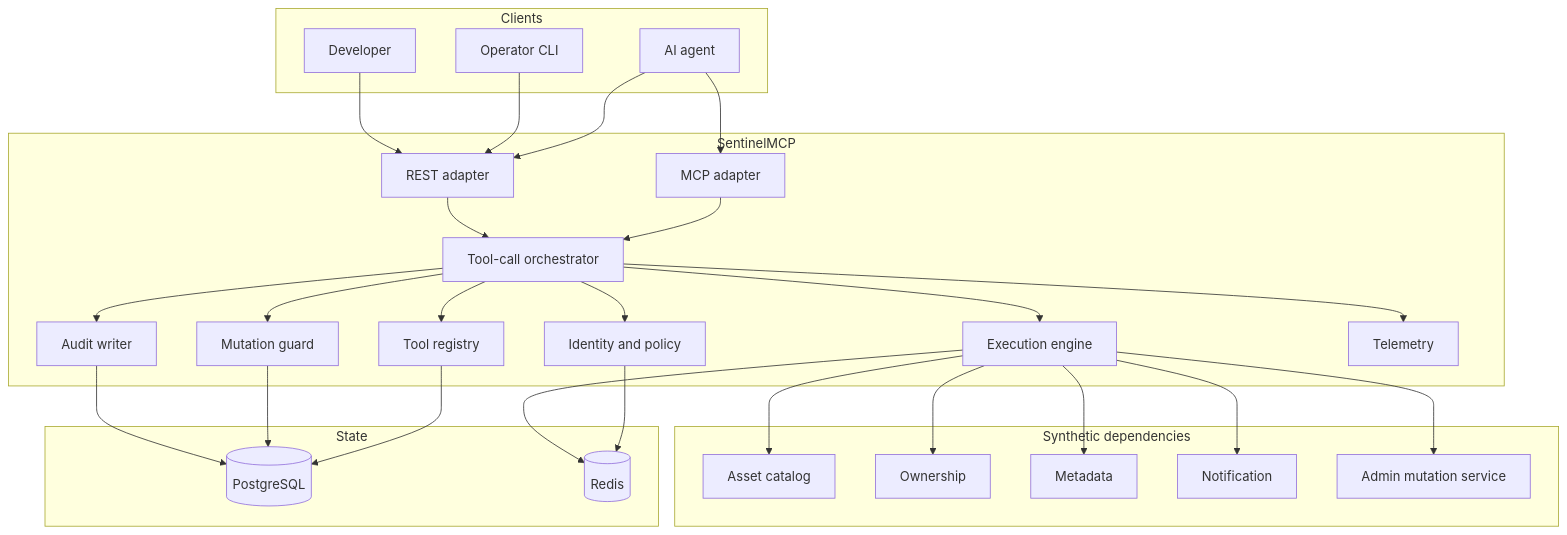
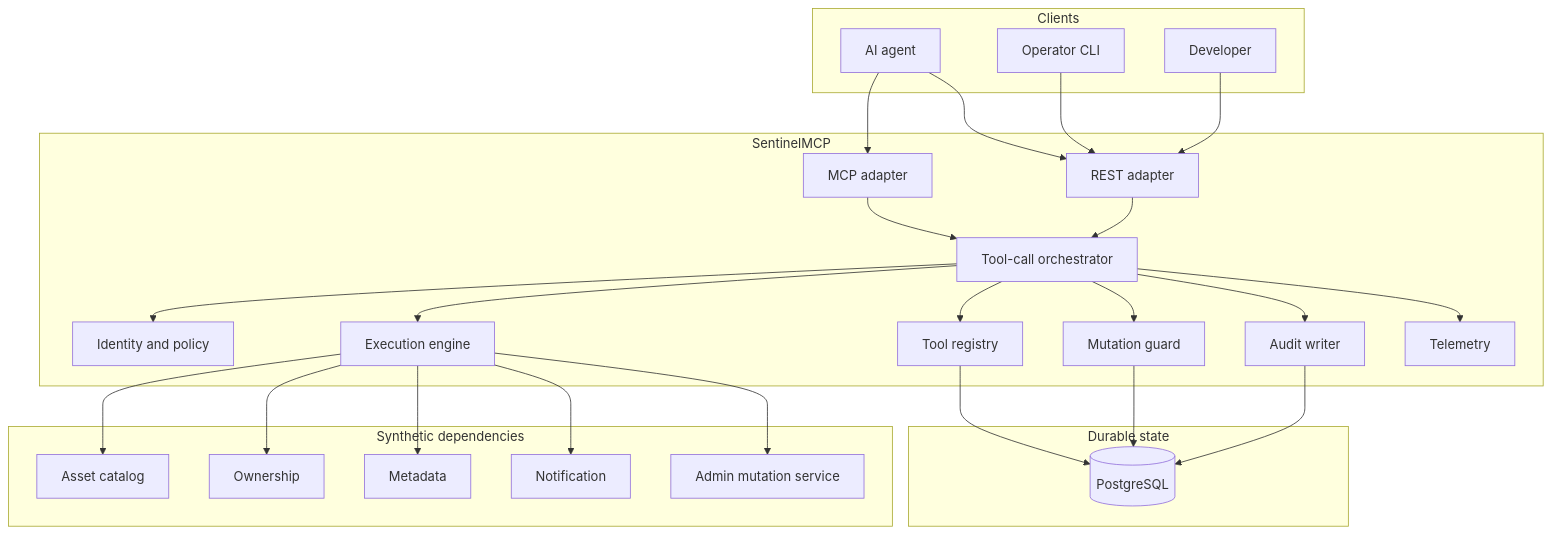
The first of 2 diagrams in docs/ARCHITECTURE.md (ernest-adjetey/SentinelMCP), drawn with Mermaid before and after one commit. The commit also changed other lines of this file and 27 other files, not shown here.

````diff
--- a/docs/ARCHITECTURE.md
+++ b/docs/ARCHITECTURE.md
@@ -43,56 +44,53 @@
 ```mermaid
 flowchart TB
     subgraph Clients
         A[AI agent]
         C[Operator CLI]
         D[Developer]
     end
 
     subgraph SentinelMCP
         REST[REST adapter]
         MCP[MCP adapter]
         ORCH[Tool-call orchestrator]
         AUTH[Identity and policy]
         REG[Tool registry]
         MUT[Mutation guard]
         EXEC[Execution engine]
         AUDIT[Audit writer]
         OBS[Telemetry]
     end
 
-    subgraph State
+    subgraph Durable state
         PG[(PostgreSQL)]
-        REDIS[(Redis)]
     end
 
     subgraph Synthetic dependencies
         ASSET[Asset catalog]
         OWNER[Ownership]
         META[Metadata]
         NOTIFY[Notification]
         ADMIN[Admin mutation service]
     end
 
     A --> MCP
     A --> REST
     C --> REST
     D --> REST
     MCP --> ORCH
     REST --> ORCH
     ORCH --> AUTH
     ORCH --> REG
     ORCH --> MUT
     ORCH --> EXEC
     ORCH --> AUDIT
     ORCH --> OBS
     REG --> PG
     MUT --> PG
-    AUTH --> REDIS
-    EXEC --> REDIS
     AUDIT --> PG
     EXEC --> ASSET
     EXEC --> OWNER
     EXEC --> META
     EXEC --> NOTIFY
     EXEC --> ADMIN
 ```
````
